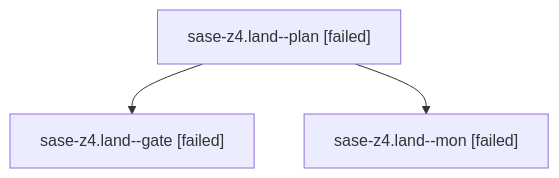
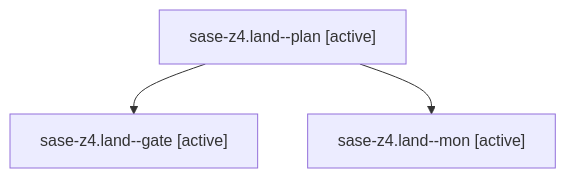
The diagram in families/bbugyi200.athena.sase-z4.land.md (sase-org/sase--agents), drawn with Mermaid before and after one commit. The commit also changed other lines of this file and 35830 other files, not shown here.

````diff
--- a/families/bbugyi200.athena.sase-z4.land.md
+++ b/families/bbugyi200.athena.sase-z4.land.md
@@ -9,8 +9,8 @@
 ```mermaid
 flowchart TD
-  n0["sase-z4.land--plan [failed]"]
-  n1["sase-z4.land--gate [failed]"]
+  n0["sase-z4.land--plan [active]"]
+  n1["sase-z4.land--gate [active]"]
   n0 --> n1
-  n2["sase-z4.land--mon [failed]"]
+  n2["sase-z4.land--mon [active]"]
   n0 --> n2
 ```
````
